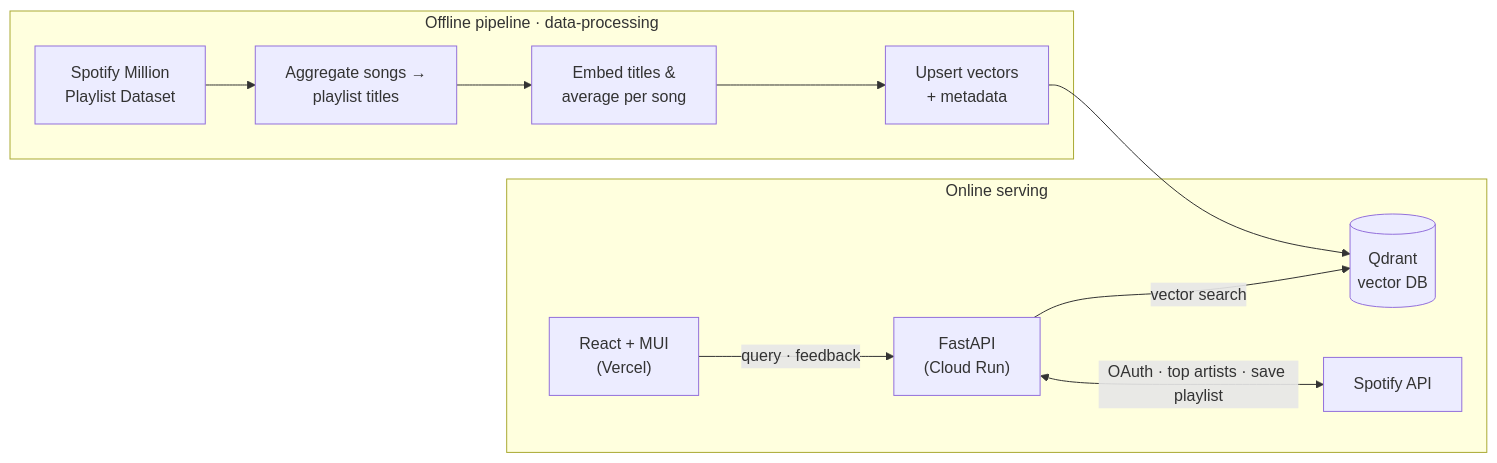
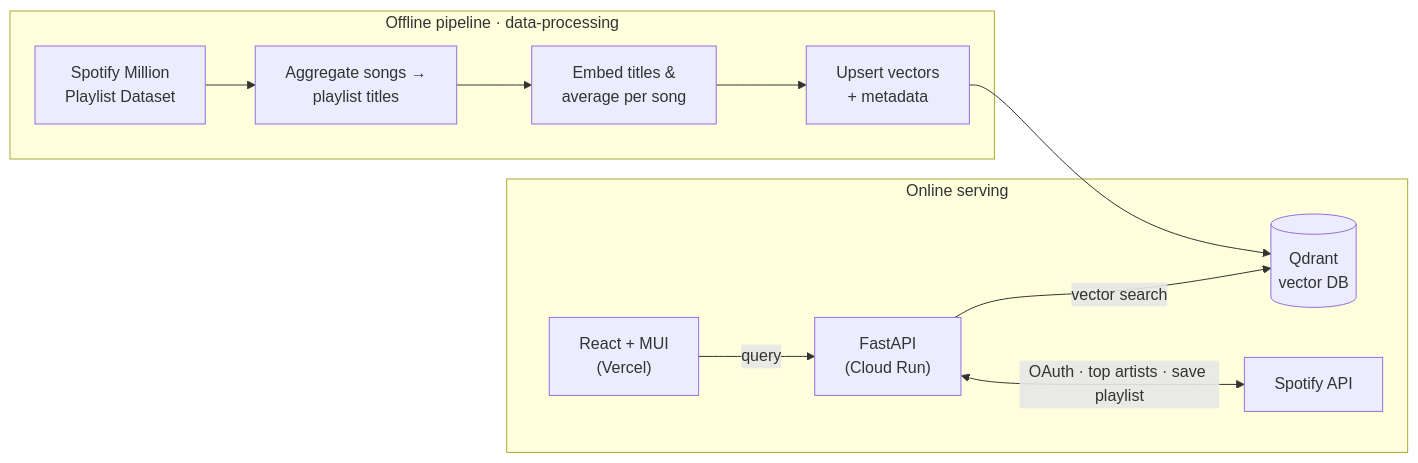
The diagram in README.md (brendes6/Catch-A-Vibe), drawn with Mermaid before and after one commit. The commit also changed other lines of this file and 2 other files, not shown here.

````diff
--- a/README.md
+++ b/README.md
@@ -33,15 +33,15 @@
 ```mermaid
 flowchart LR
     subgraph Offline["Offline pipeline · data-processing"]
         MPD["Spotify Million<br/>Playlist Dataset"] --> AGG["Aggregate songs →<br/>playlist titles"]
         AGG --> EMB["Embed titles &<br/>average per song"]
         EMB --> UP["Upsert vectors<br/>+ metadata"]
     end
     UP --> QD[("Qdrant<br/>vector DB")]
 
     subgraph Online["Online serving"]
-        UI["React + MUI<br/>(Vercel)"] -->|query · feedback| API["FastAPI<br/>(Cloud Run)"]
+        UI["React + MUI<br/>(Vercel)"] -->|query| API["FastAPI<br/>(Cloud Run)"]
         API -->|vector search| QD
         API <-->|OAuth · top artists · save playlist| SP["Spotify API"]
     end
 ```
````
